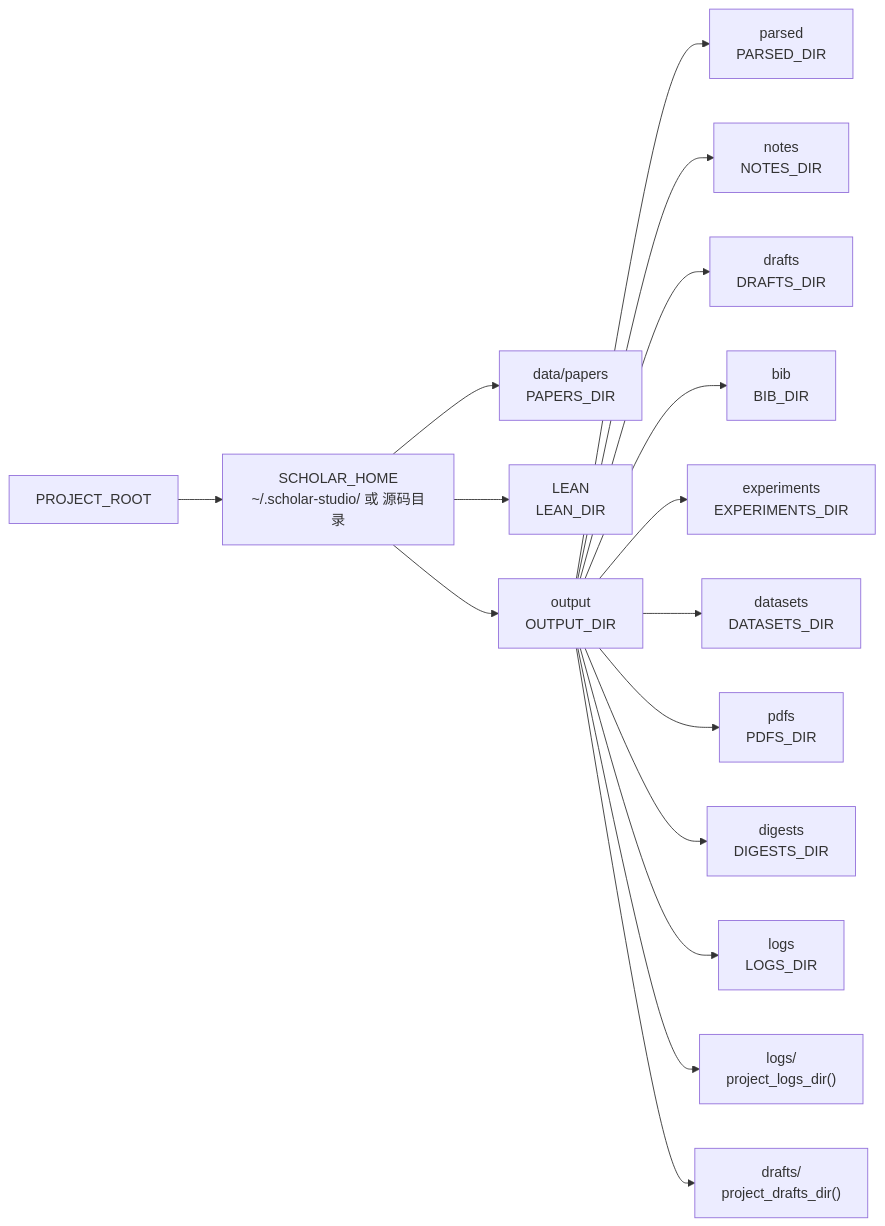
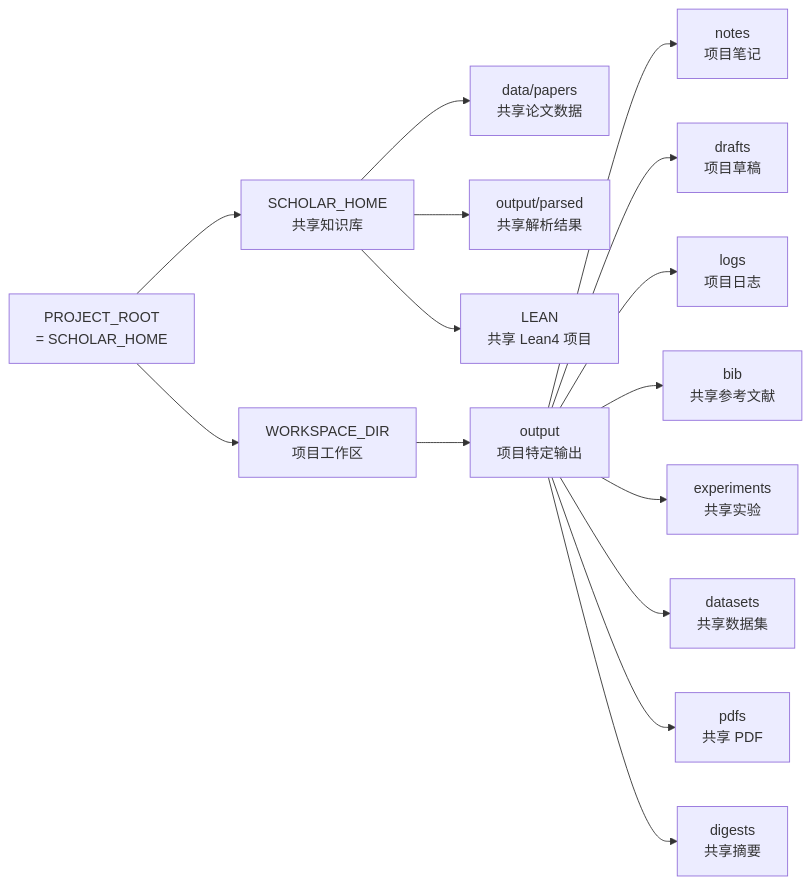
One commit to 1173591564/academic-based-qoder changed the fourth of 9 diagrams in .qoder/repowiki/zh/content/Python后端系统/配置管理系统.md. Above: the diagram before and after it, drawn with Mermaid. The commit also changed other lines of this file and 75 other files, not shown here.

````diff
--- a/.qoder/repowiki/zh/content/Python后端系统/配置管理系统.md
+++ b/.qoder/repowiki/zh/content/Python后端系统/配置管理系统.md
@@ -203,18 +214,17 @@
 ```mermaid
 graph LR
-ROOT["PROJECT_ROOT"] --> HOME["SCHOLAR_HOME<br/>~/.scholar-studio/ 或 源码目录"]
-HOME --> DATA["data/papers<br/>PAPERS_DIR"]
-HOME --> LEAN["LEAN<br/>LEAN_DIR"]
-HOME --> OUT["output<br/>OUTPUT_DIR"]
-OUT --> PARSED["parsed<br/>PARSED_DIR"]
-OUT --> NOTES["notes<br/>NOTES_DIR"]
-OUT --> DRAFTS["drafts<br/>DRAFTS_DIR"]
-OUT --> BIB["bib<br/>BIB_DIR"]
-OUT --> EXP["experiments<br/>EXPERIMENTS_DIR"]
-OUT --> DS["datasets<br/>DATASETS_DIR"]
-OUT --> PDF["pdfs<br/>PDFS_DIR"]
-OUT --> DG["digests<br/>DIGESTS_DIR"]
-OUT --> LOGS["logs<br/>LOGS_DIR"]
-OUT --> PROJ_LOGS["logs/<project><br/>project_logs_dir()"]
-OUT --> PROJ_DRAFTS["drafts/<project><br/>project_drafts_dir()"]
+ROOT["PROJECT_ROOT<br/>= SCHOLAR_HOME"] --> HOME["SCHOLAR_HOME<br/>共享知识库"]
+ROOT --> WS["WORKSPACE_DIR<br/>项目工作区"]
+HOME --> DATA["data/papers<br/>共享论文数据"]
+HOME --> PARSED["output/parsed<br/>共享解析结果"]
+HOME --> LEAN["LEAN<br/>共享 Lean4 项目"]
+WS --> OUT["output<br/>项目特定输出"]
+OUT --> NOTES["notes<br/>项目笔记"]
+OUT --> DRAFTS["drafts<br/>项目草稿"]
+OUT --> LOGS["logs<br/>项目日志"]
+OUT --> BIB["bib<br/>共享参考文献"]
+OUT --> EXP["experiments<br/>共享实验"]
+OUT --> DS["datasets<br/>共享数据集"]
+OUT --> PDF["pdfs<br/>共享 PDF"]
+OUT --> DG["digests<br/>共享摘要"]
 ```
````
